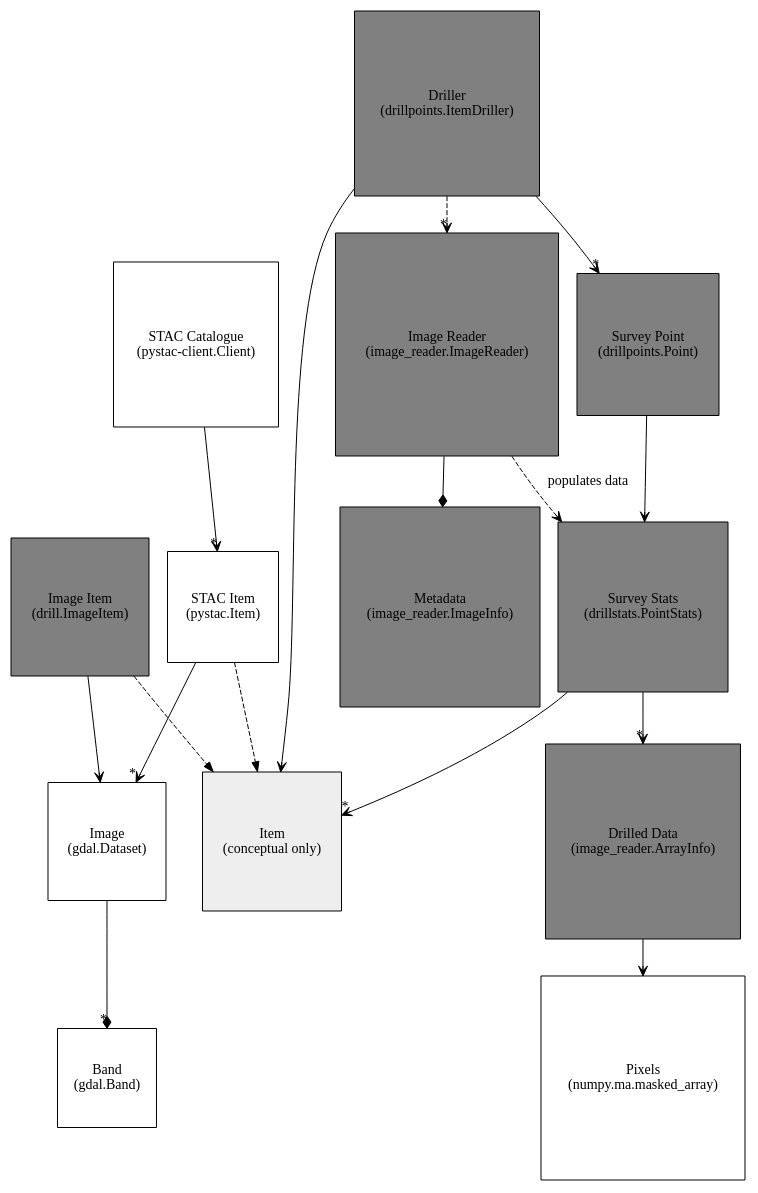
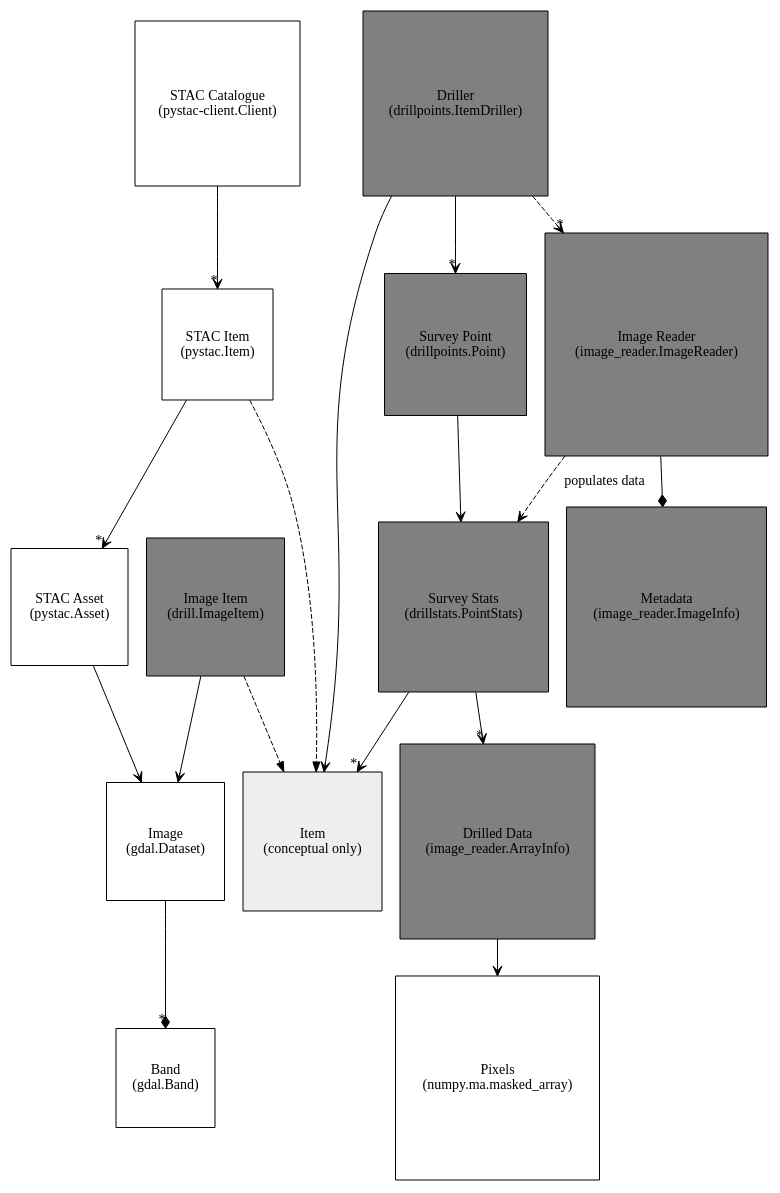
One commit to cibolabs/pixeldriller changed the diagram in doc/source/structure.dot. Above: the diagram before and after it, drawn with Graphviz. The commit also changed 1 other file, not shown here.

Commit message:
Added pystac.Asset to the class diagram and fixed issues with rich links in the developer guide.

```diff
--- a/doc/source/structure.dot
+++ b/doc/source/structure.dot
@@ -1,64 +1,66 @@
 digraph Structure {
     splines="TRUE";
 
     /* Entities */
     /* pixdrill classes */
     node [shape="square" style="filled" fillcolor="grey"]
     ImageItem [label="Image Item\n(drill.ImageItem)"]
     ImageReader [label="Image Reader\n(image_reader.ImageReader)"]
     ImageInfo [label="Metadata\n(image_reader.ImageInfo)"]
     Point [label="Survey Point\n(drillpoints.Point)"]
     PointStats [label="Survey Stats\n(drillstats.PointStats)"]
     Driller [label="Driller\n(drillpoints.ItemDriller)"]
     ArrayInfo [label="Drilled Data\n(image_reader.ArrayInfo)"]
     /* Class from other packages */
     Item [label="Item\n(conceptual only)" fillcolor="#eeeeee"]
     node [shape="square", style=""]
     StacItem [label="STAC Item\n(pystac.Item)"]
+    StacAsset [label="STAC Asset\n(pystac.Asset)"]
     StacCatalogue [label="STAC Catalogue\n(pystac-client.Client)"]
     Image [label="Image\n(gdal.Dataset)"]
     Band [label="Band\n(gdal.Band)"]
     PixelData [label="Pixels\n(numpy.ma.masked_array)"]
 
     
     /* Inheritance Relationships */
     edge [arrowhead="o"]
 
     /* Associations */
     edge [arrowhead="vee"]
-    StacItem -> Image[headlabel="*"]
+    StacItem -> StacAsset[headlabel="*"]
+    StacAsset -> Image
     ImageItem -> Image
     PointStats -> Item[headlabel="*"]
     Driller -> Item
     StacCatalogue -> StacItem[headlabel="*"]
     Point -> PointStats
     PointStats -> ArrayInfo[headlabel="*"]
     Driller -> Point[headlabel="*"]
     ArrayInfo -> PixelData
 
     /* Compositions */
     edge [arrowhead="diamond"]
     ImageReader -> ImageInfo
     Image -> Band[headlabel="*"]
 
     /* Dependencies */
     edge [arrowhead="vee" style="dashed"]
     Driller -> ImageReader[headlabel="*"]
     ImageReader -> PointStats[label="populates data"]
 
     /* Realisations */
     edge [arrowhead="normal" style="dashed"]
     StacItem -> Item
     ImageItem -> Item
 
 
 
     /* Notes */
     /*(ItemNote [label="Add comment here", shape="note"]
     edge [arrowhead="odiamond"]
     ItemNote -> Item*/
     
     /* Ranks ?? */
     /*{ rank=same; StacItem; ImageItem}*/
     /*{ rank=same; Image};*/
 }
```
